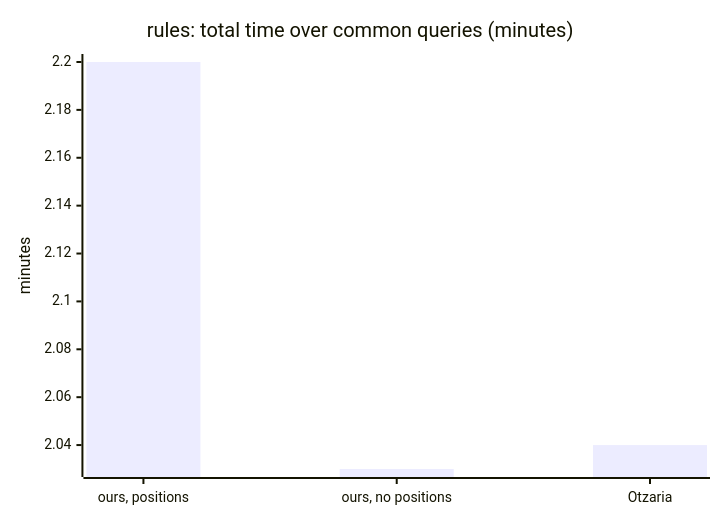
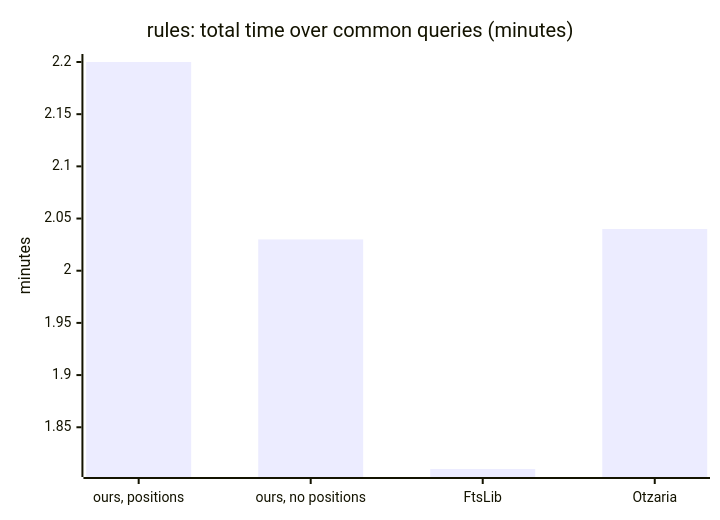
The ninth of 11 diagrams in FTS-SPECS-AND-COMPARISONS.md (KleiKodesh/SeforimLibrarySearchEngine), drawn with Mermaid before and after one commit. The commit also changed other lines of this file, not shown here.

Commit message:
FTS-SPECS-AND-COMPARISONS.md: FtsLib speed runs added

````diff
--- a/FTS-SPECS-AND-COMPARISONS.md
+++ b/FTS-SPECS-AND-COMPARISONS.md
@@ -399,7 +476,7 @@
 ```mermaid
 xychart-beta
     title "rules: total time over common queries (minutes)"
-    x-axis ["ours, positions", "ours, no positions", "Otzaria"]
+    x-axis ["ours, positions", "ours, no positions", "FtsLib", "Otzaria"]
     y-axis "minutes"
-    bar [2.20, 2.03, 2.04]
+    bar [2.20, 2.03, 1.81, 2.04]
 ```
````
